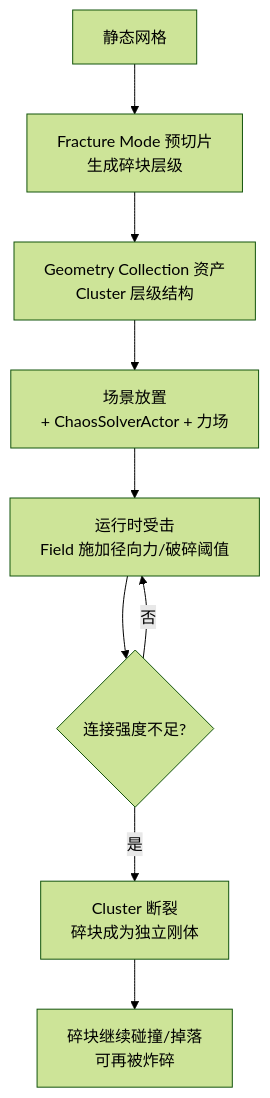
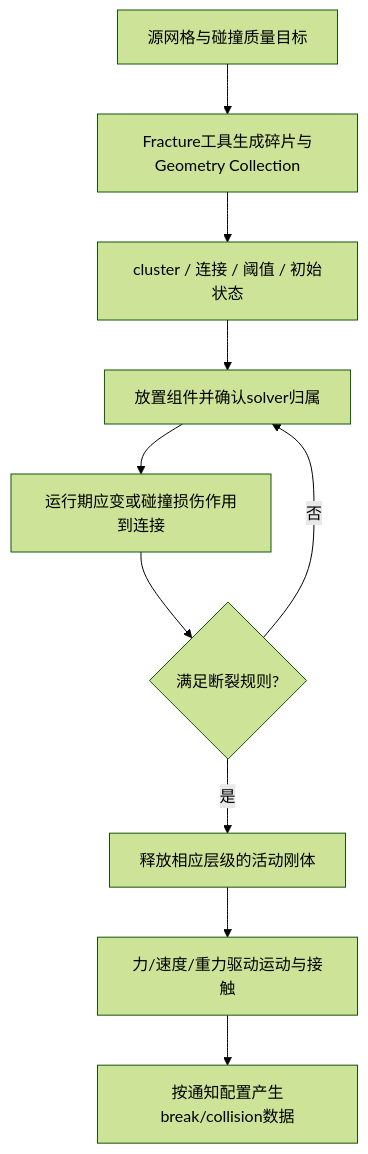
One commit to fantuan812/learning changed the fifth of 5 diagrams in 知识/04-图形动画与物理仿真/物理求解与动力学/01-Chaos物理引擎概览.md. Above: the diagram before and after it, drawn with Mermaid (forest theme). The commit also changed other lines of this file and 1 other file, not shown here.

````diff
--- a/知识/04-图形动画与物理仿真/物理求解与动力学/01-Chaos物理引擎概览.md
+++ b/知识/04-图形动画与物理仿真/物理求解与动力学/01-Chaos物理引擎概览.md
@@ -217,11 +364,12 @@
 ```mermaid
 flowchart TB
-    A[静态网格] --> B[Fracture Mode 预切片<br/>生成碎块层级]
-    B --> C[Geometry Collection 资产<br/>Cluster 层级结构]
-    C --> D[场景放置<br/>+ ChaosSolverActor + 力场]
-    D --> E[运行时受击<br/>Field 施加径向力/破碎阈值]
-    E --> F{连接强度不足?}
-    F -- 是 --> G[Cluster 断裂<br/>碎块成为独立刚体]
-    G --> H[碎块继续碰撞/掉落<br/>可再被炸碎]
-    F -- 否 --> E
+    A["源网格与碰撞质量目标"] --> B["Fracture工具生成碎片与Geometry Collection"]
+    B --> C["cluster / 连接 / 阈值 / 初始状态"]
+    C --> D["放置组件并确认solver归属"]
+    D --> E["运行期应变或碰撞损伤作用到连接"]
+    E --> F{"满足断裂规则?"}
+    F -->|"是"| G["释放相应层级的活动刚体"]
+    G --> H["力/速度/重力驱动运动与接触"]
+    H --> I["按通知配置产生break/collision数据"]
+    F -->|"否"| D
 ```
````
